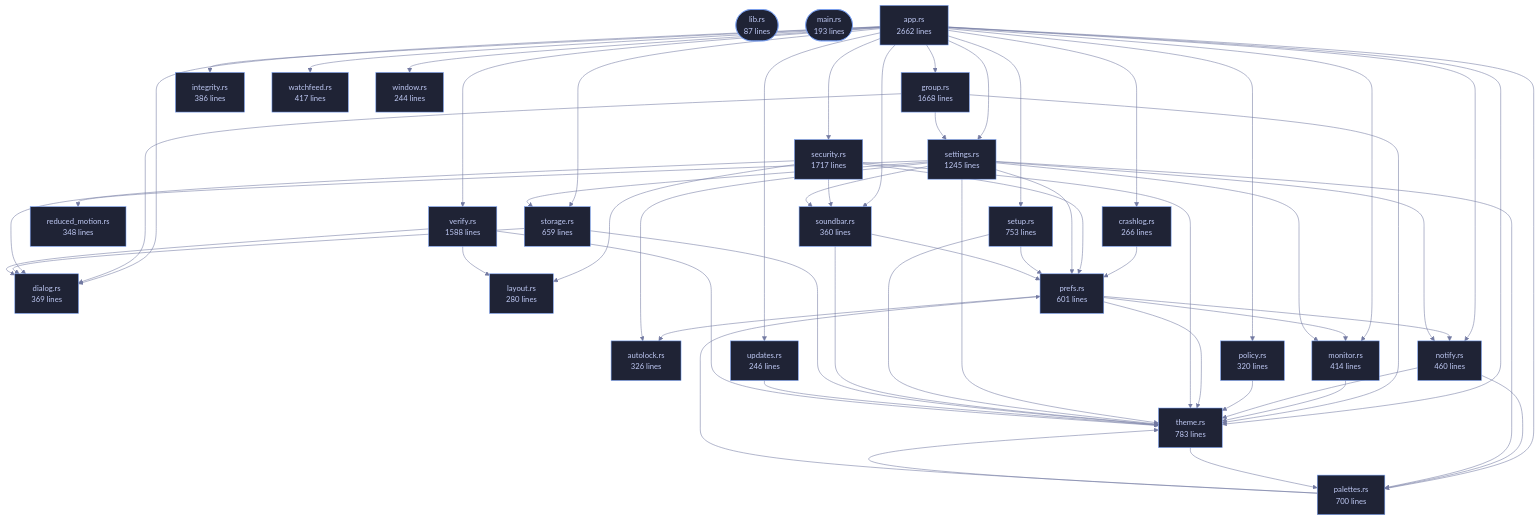
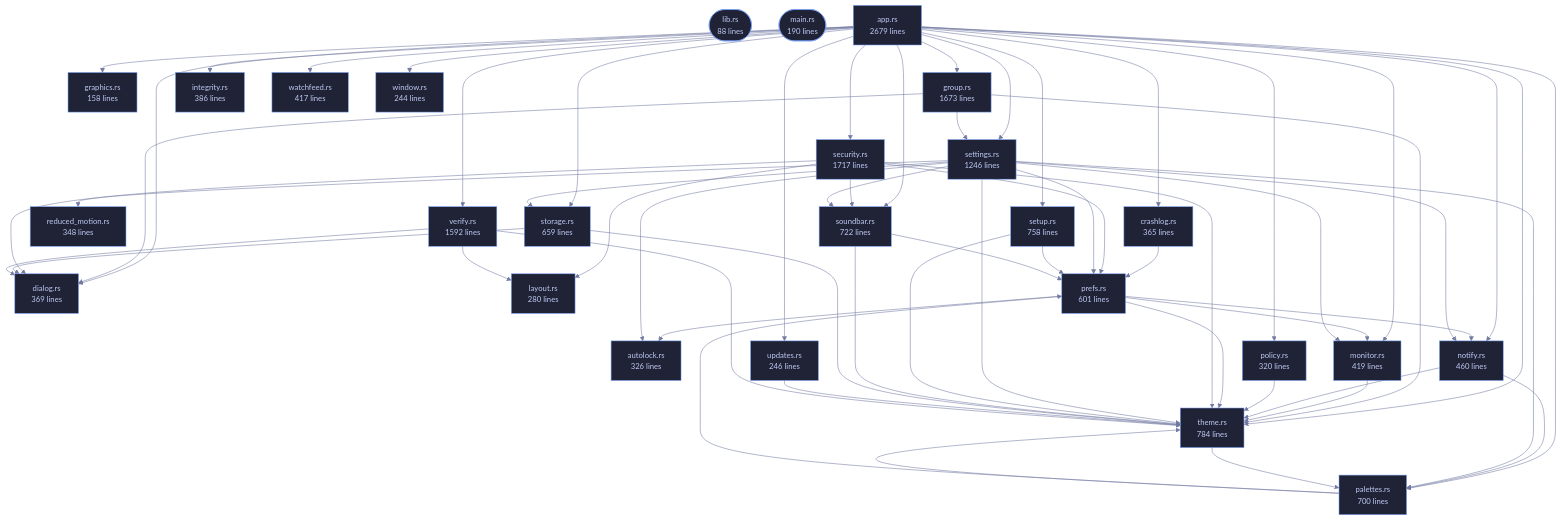
Before and after one commit to tilas01/veilvoice: the diagram in wiki/Crate-veilvoice-gui.md, drawn with Mermaid. The commit also changed other lines of this file and 131 other files, not shown here.

````diff
--- a/wiki/Crate-veilvoice-gui.md
+++ b/wiki/Crate-veilvoice-gui.md
@@ -81,33 +81,35 @@
 ```mermaid
 %%{init: {"theme":"base","themeVariables":{"background":"#1a1b26","primaryColor":"#1f2335","primaryTextColor":"#c0caf5","primaryBorderColor":"#7aa2f7","secondaryColor":"#16161e","tertiaryColor":"#16161e","lineColor":"#737aa2","textColor":"#c0caf5","mainBkg":"#1f2335","nodeBorder":"#7aa2f7","clusterBkg":"#16161e","clusterBorder":"#2f3549","fontFamily":"ui-monospace, SFMono-Regular, Consolas, monospace","fontSize":"14px"}}}%%
 flowchart TD
-    n_lib(["lib.rs<br/>87 lines"])
-    n_main(["main.rs<br/>193 lines"])
-    n_app["app.rs<br/>2662 lines"]
+    n_lib(["lib.rs<br/>88 lines"])
+    n_main(["main.rs<br/>190 lines"])
+    n_app["app.rs<br/>2679 lines"]
     n_autolock["autolock.rs<br/>326 lines"]
-    n_crashlog["crashlog.rs<br/>266 lines"]
+    n_crashlog["crashlog.rs<br/>365 lines"]
     n_dialog["dialog.rs<br/>369 lines"]
-    n_group["group.rs<br/>1668 lines"]
+    n_graphics["graphics.rs<br/>158 lines"]
+    n_group["group.rs<br/>1673 lines"]
     n_integrity["integrity.rs<br/>386 lines"]
     n_layout["layout.rs<br/>280 lines"]
-    n_monitor["monitor.rs<br/>414 lines"]
+    n_monitor["monitor.rs<br/>419 lines"]
     n_notify["notify.rs<br/>460 lines"]
     n_palettes["palettes.rs<br/>700 lines"]
     n_policy["policy.rs<br/>320 lines"]
     n_prefs["prefs.rs<br/>601 lines"]
     n_reduced_motion["reduced_motion.rs<br/>348 lines"]
     n_security["security.rs<br/>1717 lines"]
-    n_settings["settings.rs<br/>1245 lines"]
-    n_setup["setup.rs<br/>753 lines"]
-    n_soundbar["soundbar.rs<br/>360 lines"]
+    n_settings["settings.rs<br/>1246 lines"]
+    n_setup["setup.rs<br/>758 lines"]
+    n_soundbar["soundbar.rs<br/>722 lines"]
     n_storage["storage.rs<br/>659 lines"]
-    n_theme["theme.rs<br/>783 lines"]
+    n_theme["theme.rs<br/>784 lines"]
     n_updates["updates.rs<br/>246 lines"]
-    n_verify["verify.rs<br/>1588 lines"]
+    n_verify["verify.rs<br/>1592 lines"]
     n_watchfeed["watchfeed.rs<br/>417 lines"]
     n_window["window.rs<br/>244 lines"]
     n_app --> n_crashlog
     n_app --> n_dialog
+    n_app --> n_graphics
     n_app --> n_group
     n_app --> n_integrity
     n_app --> n_monitor
@@ -169,6 +171,7 @@
     click n_autolock href "https://github.com/tilas01/veilvoice/blob/main/crates/veilvoice-gui/src/autolock.rs" "open the source"
     click n_crashlog href "https://github.com/tilas01/veilvoice/blob/main/crates/veilvoice-gui/src/crashlog.rs" "open the source"
     click n_dialog href "https://github.com/tilas01/veilvoice/blob/main/crates/veilvoice-gui/src/dialog.rs" "open the source"
+    click n_graphics href "https://github.com/tilas01/veilvoice/blob/main/crates/veilvoice-gui/src/graphics.rs" "open the source"
     click n_group href "https://github.com/tilas01/veilvoice/blob/main/crates/veilvoice-gui/src/group.rs" "open the source"
     click n_integrity href "https://github.com/tilas01/veilvoice/blob/main/crates/veilvoice-gui/src/integrity.rs" "open the source"
     click n_layout href "https://github.com/tilas01/veilvoice/blob/main/crates/veilvoice-gui/src/layout.rs" "open the source"
````
